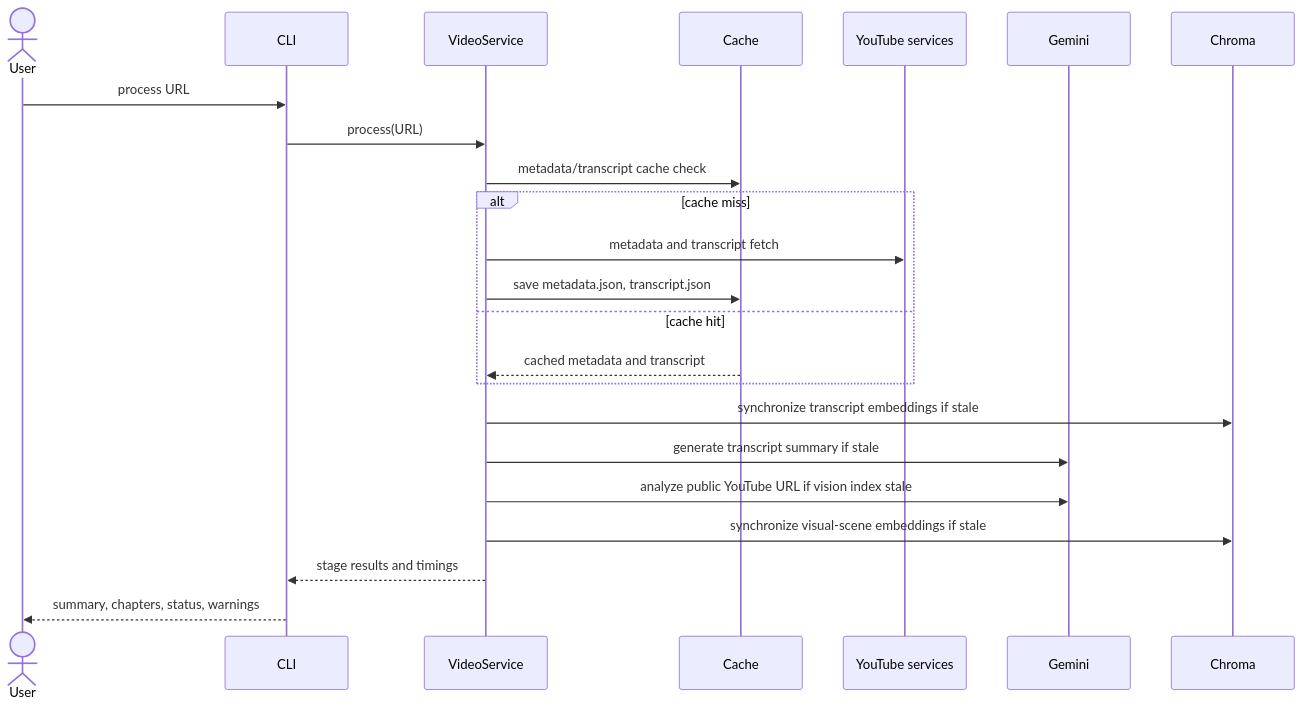
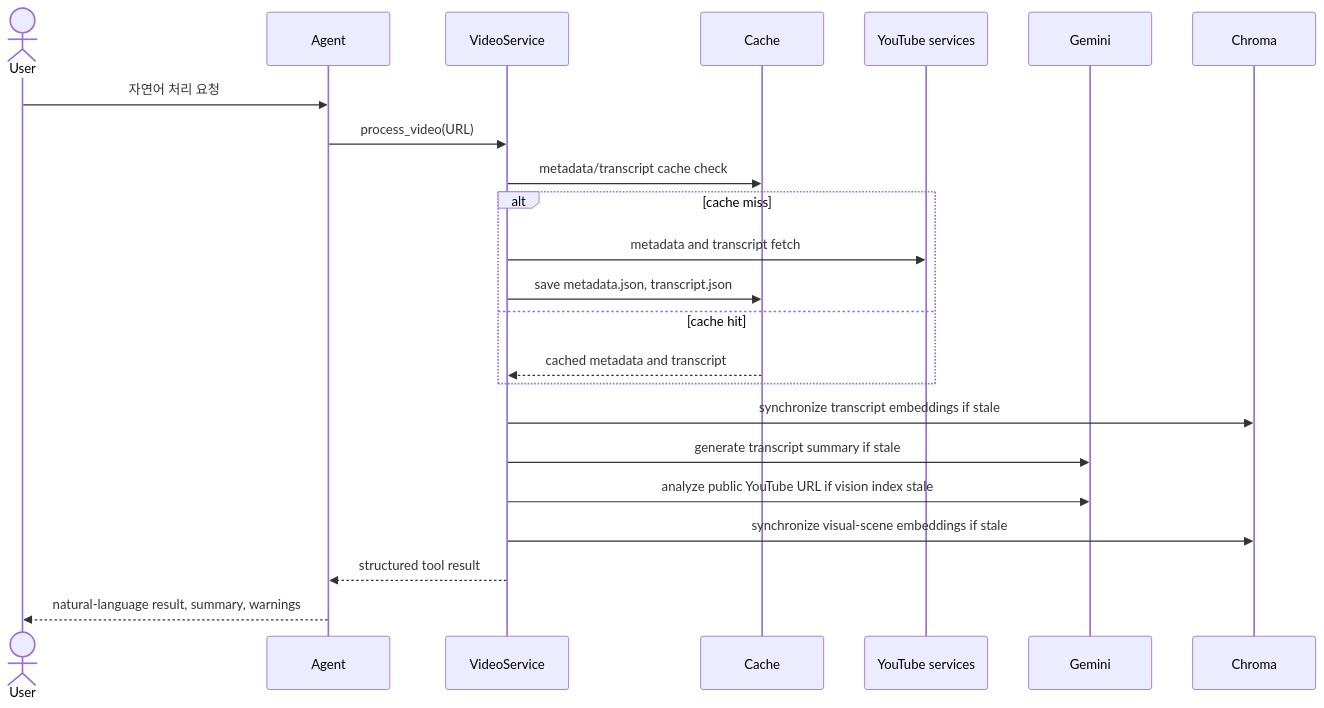
Before and after one commit to kwangsung-ha/jesse-agent: the second of 2 diagrams in docs/design.md, drawn with Mermaid. The commit also changed other lines of this file and 24 other files, not shown here.

Commit message:
feat: add natural language agent cli

````diff
--- a/docs/design.md
+++ b/docs/design.md
@@ -30,26 +33,26 @@
 ```mermaid
 sequenceDiagram
     actor User
-    participant CLI
+    participant Agent
     participant Service as VideoService
     participant Cache
     participant YT as YouTube services
     participant Gemini
     participant Chroma
 
-    User->>CLI: process URL
-    CLI->>Service: process(URL)
+    User->>Agent: 자연어 처리 요청
+    Agent->>Service: process_video(URL)
     Service->>Cache: metadata/transcript cache check
     alt cache miss
         Service->>YT: metadata and transcript fetch
         Service->>Cache: save metadata.json, transcript.json
     else cache hit
         Cache-->>Service: cached metadata and transcript
     end
     Service->>Chroma: synchronize transcript embeddings if stale
     Service->>Gemini: generate transcript summary if stale
     Service->>Gemini: analyze public YouTube URL if vision index stale
     Service->>Chroma: synchronize visual-scene embeddings if stale
-    Service-->>CLI: stage results and timings
-    CLI-->>User: summary, chapters, status, warnings
+    Service-->>Agent: structured tool result
+    Agent-->>User: natural-language result, summary, warnings
 ```
````
